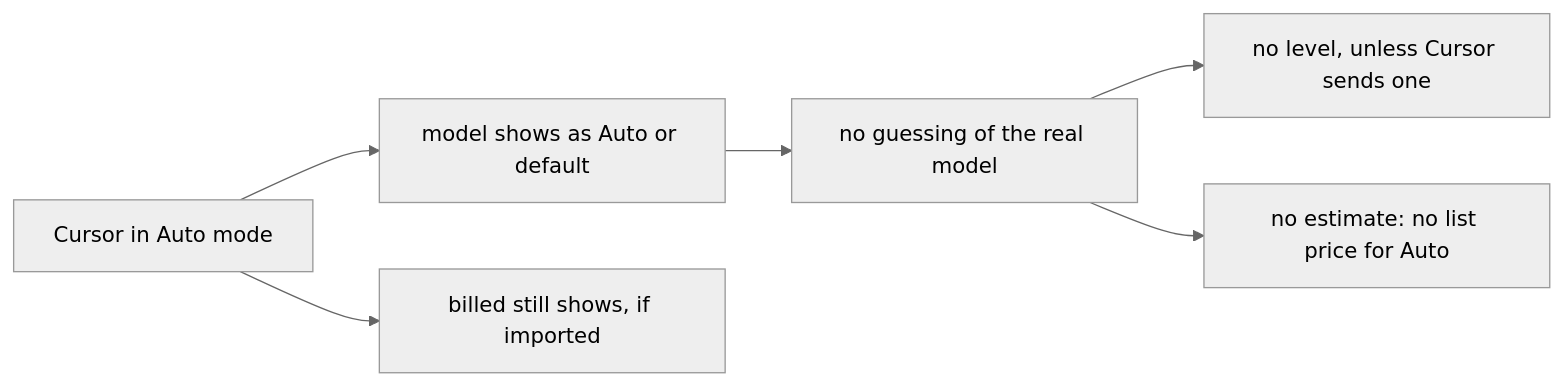
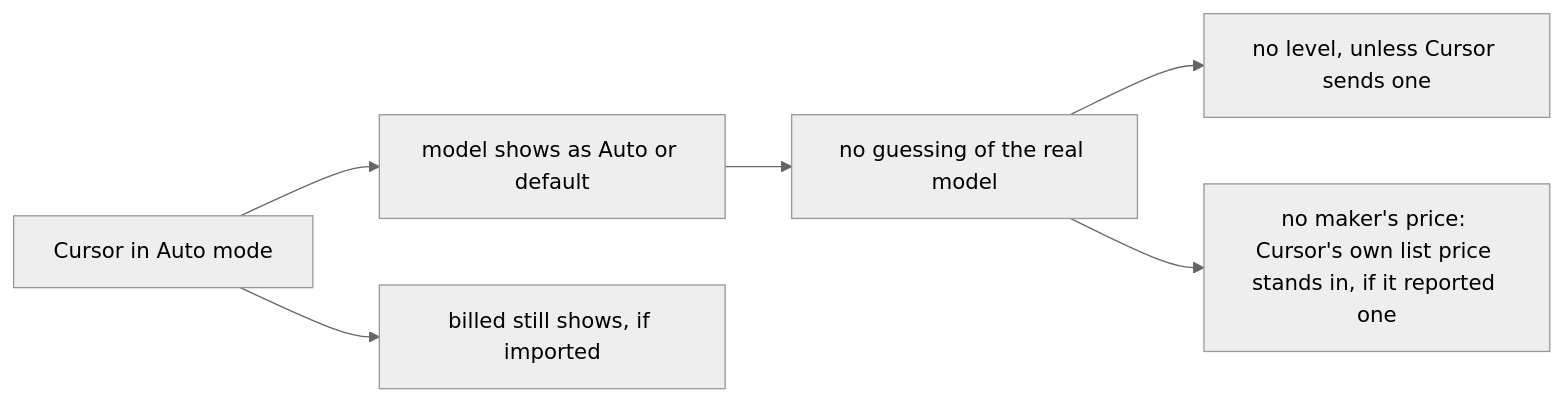
Before and after one commit to BleedingDev/dx-feature-tracker: diagram 16 of 19 in docs/HOW-IT-WORKS.md, drawn with Mermaid (neutral theme). The commit also changed other lines of this file and 3 other files, not shown here.

````diff
--- a/docs/HOW-IT-WORKS.md
+++ b/docs/HOW-IT-WORKS.md
@@ -428,8 +450,8 @@
 ```mermaid
 flowchart LR
     A["Cursor in Auto mode"] --> N["model shows as Auto or default"]
     N --> G["no guessing of the real model"]
     G --> L["no level, unless Cursor sends one"]
-    G --> E["no estimate: no list price for Auto"]
+    G --> E["no maker's price: Cursor's own list price stands in, if it reported one"]
     A --> B["billed still shows, if imported"]
 ```
````
